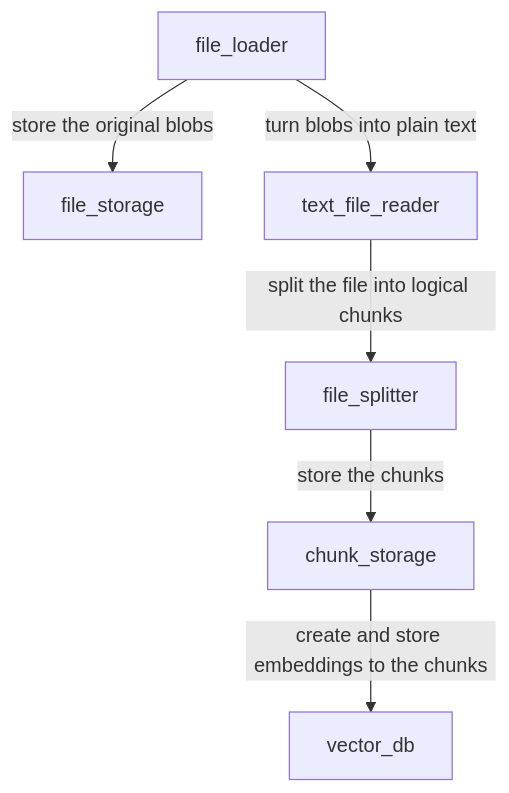
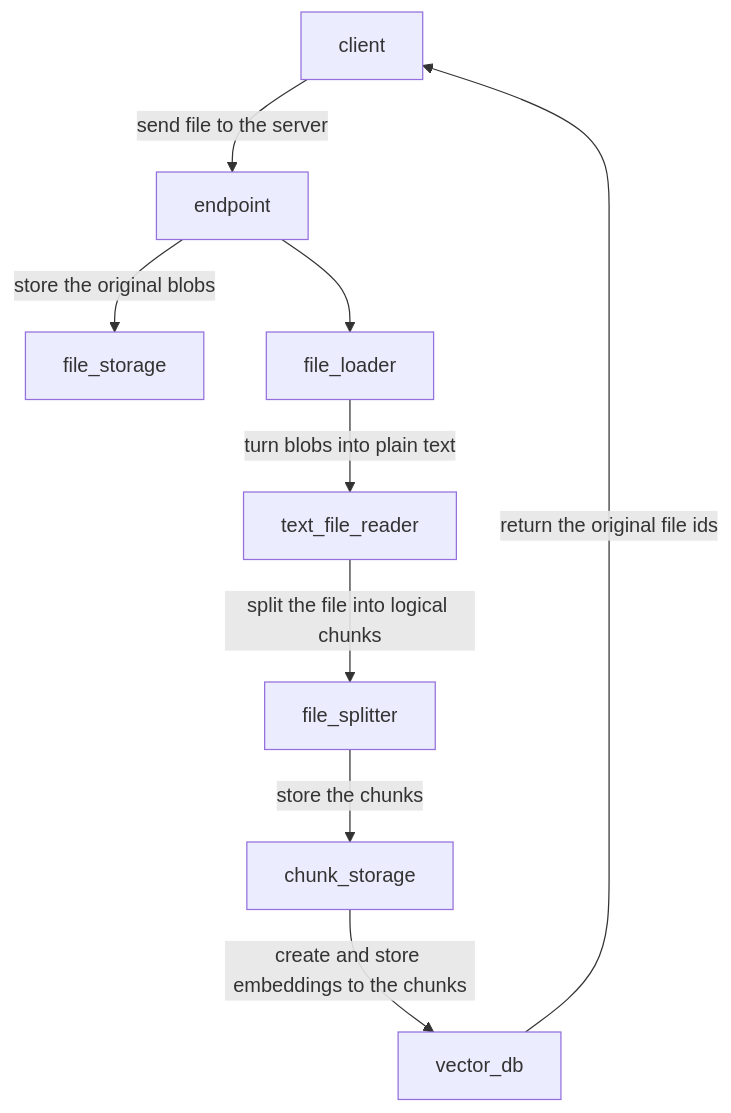
The first of 2 diagrams in MVP/README.md (aricma/knowledge-graph), drawn with Mermaid before and after one commit. The commit also changed other lines of this file, not shown here.

````diff
--- a/MVP/README.md
+++ b/MVP/README.md
@@ -2,11 +6,12 @@
 ```mermaid
 flowchart TD
-    
-    file_loader -- store the original blobs --> file_storage
-    file_loader -- turn blobs into plain text --> text_file_reader
+    client -- send file to the server --> endpoint
+    endpoint -- store the original blobs --> file_storage
+    endpoint --> file_loader -- turn blobs into plain text --> text_file_reader
     text_file_reader -- split the file into logical chunks --> file_splitter
     
 %%    text_file_reader -- load the file into plain text --> file_loader
     file_splitter -- store the chunks --> chunk_storage
     chunk_storage -- create and store embeddings to the chunks --> vector_db
+    vector_db -- return the original file ids --> client
 ```
````
